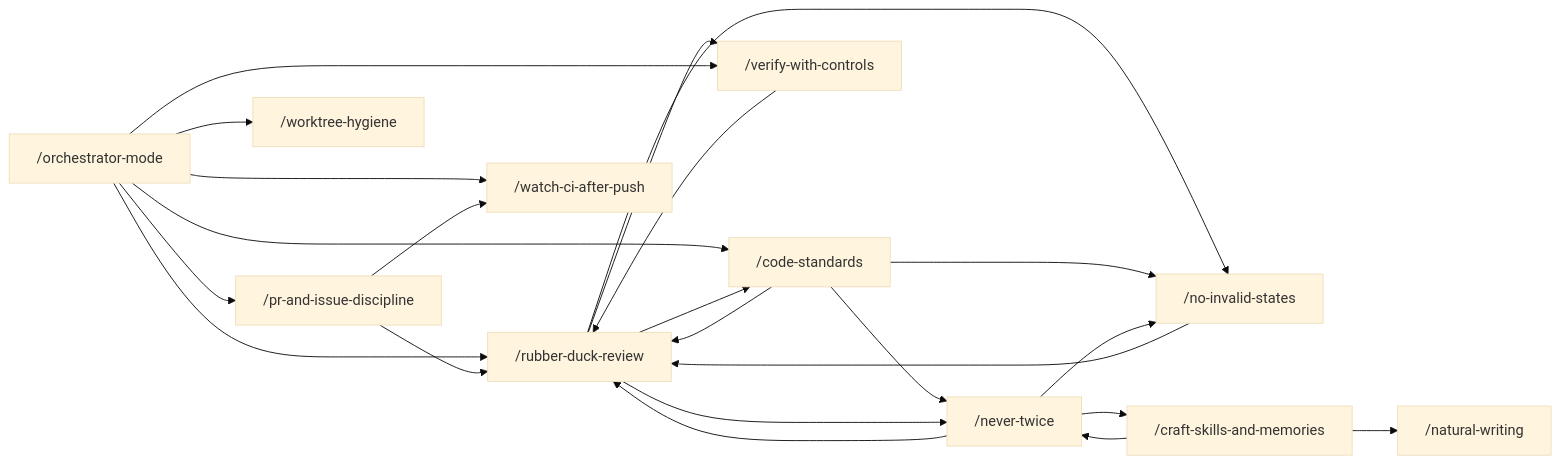
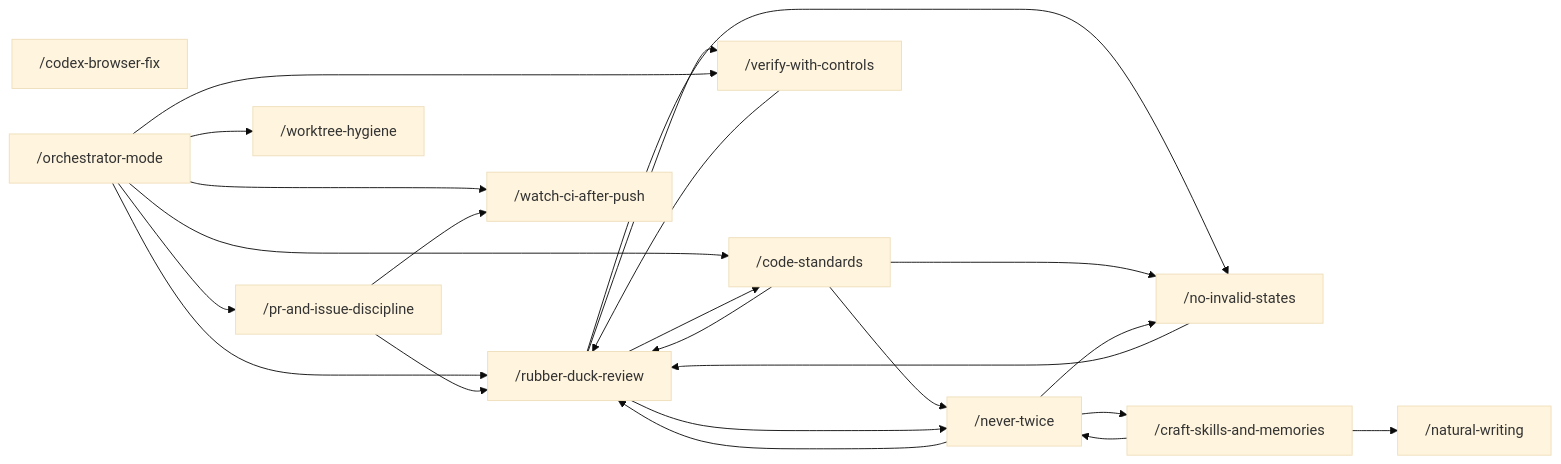
Before and after one commit to Vivswan/skills: the diagram in README.md, drawn with Mermaid (base theme). The commit also changed other lines of this file and 13 other files, not shown here.

````diff
--- a/README.md
+++ b/README.md
@@ -36,25 +37,26 @@
 ```mermaid
 graph LR
+  cbf["/codex-browser-fix"]
   om["/orchestrator-mode"] --> rdr["/rubber-duck-review"]
   om --> wca["/watch-ci-after-push"]
   om --> cs["/code-standards"]
   om --> pid["/pr-and-issue-discipline"]
   om --> wh["/worktree-hygiene"]
   pid --> wca
   pid --> rdr
   cs --> rdr
   cs --> nt
   rdr --> cs
   rdr --> nis["/no-invalid-states"]
   rdr --> nt
   rdr --> vwc
   nis --> rdr
   cs --> nis
   nt["/never-twice"] --> rdr
   nt --> nis
   nt --> csm
   om --> vwc["/verify-with-controls"]
   vwc --> rdr
   csm["/craft-skills-and-memories"] --> nw["/natural-writing"]
   csm --> nt
 ```
````
